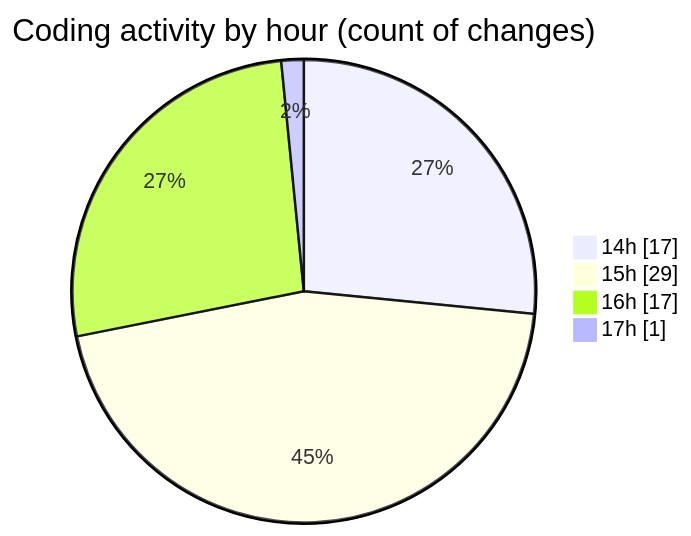
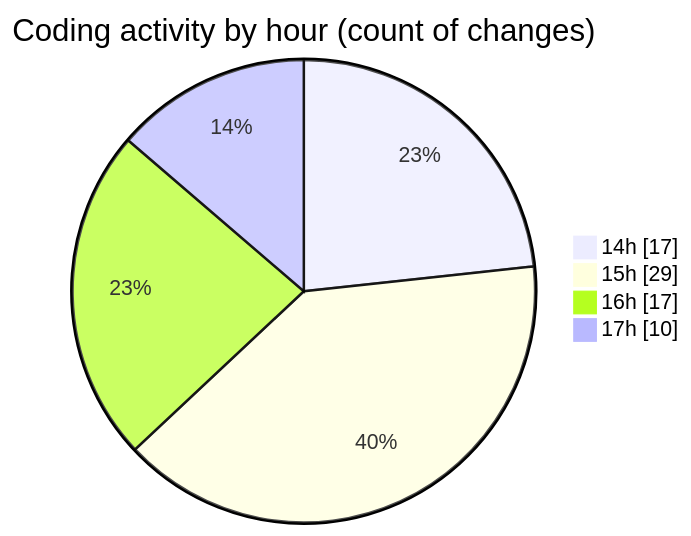
One commit to donsfak/code-tracking changed the second of 2 diagrams in 2025-04-10/trackers_app/README.md. Above: the diagram before and after it, drawn with Mermaid. The commit also changed other lines of this file and 1 other file, not shown here.

````diff
--- a/2025-04-10/trackers_app/README.md
+++ b/2025-04-10/trackers_app/README.md
@@ -46,8 +50,8 @@
 ```mermaid
 pie showData
 title Coding activity by hour (count of changes)
 "14h" : 17
 "15h" : 29
 "16h" : 17
-"17h" : 1
+"17h" : 10
 ```
````
